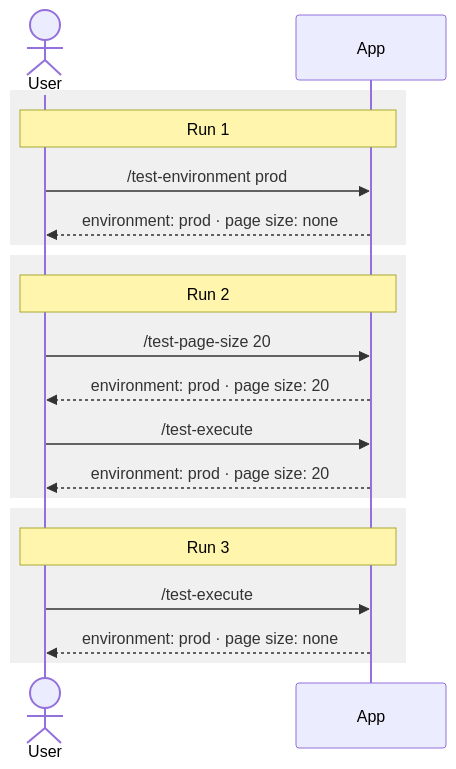
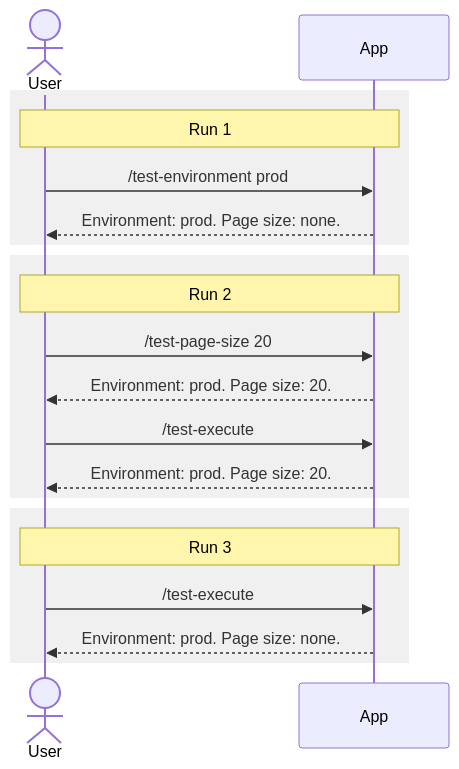
The diagram in docs/concepts/outcomes.md (KitCli/KitCli), drawn with Mermaid before and after one commit. The commit also changed other lines of this file and 12 other files, not shown here.

Commit message:
docs: restyle the concept docs around diagrams, code and tables

````diff
--- a/docs/concepts/outcomes.md
+++ b/docs/concepts/outcomes.md
@@ -58,25 +56,25 @@
 ```mermaid
 sequenceDiagram
     actor U as User
     participant A as App
 
     rect rgba(128,128,128,0.12)
     Note over U,A: Run 1
     U->>A: /test-environment prod
-    A-->>U: environment: prod · page size: none
+    A-->>U: Environment: prod. Page size: none.
     end
 
     rect rgba(128,128,128,0.12)
     Note over U,A: Run 2
     U->>A: /test-page-size 20
-    A-->>U: environment: prod · page size: 20
+    A-->>U: Environment: prod. Page size: 20.
     U->>A: /test-execute
-    A-->>U: environment: prod · page size: 20
+    A-->>U: Environment: prod. Page size: 20.
     end
 
     rect rgba(128,128,128,0.12)
     Note over U,A: Run 3
     U->>A: /test-execute
-    A-->>U: environment: prod · page size: none
+    A-->>U: Environment: prod. Page size: none.
     end
 ```
````
